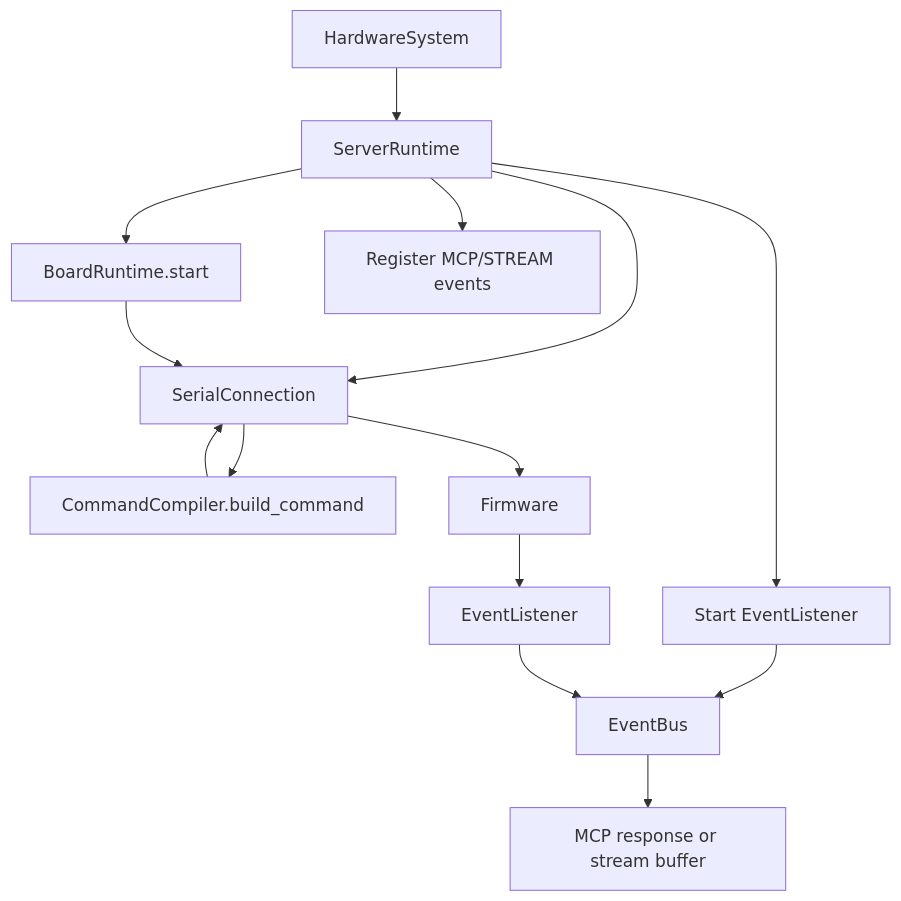
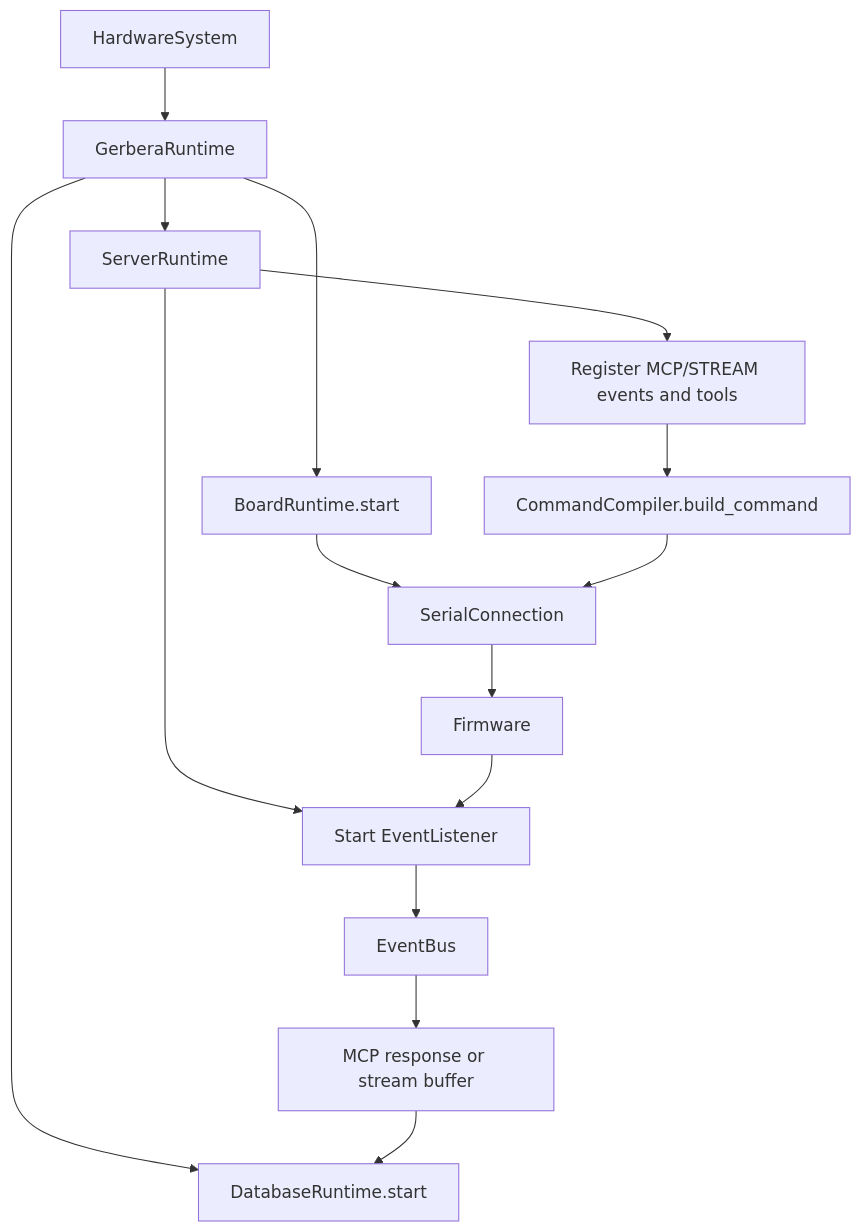
One commit to BaronLiu1993/gerbera changed the diagram in src/gerbera_sdk/models/runtime/README.md. Above: the diagram before and after it, drawn with Mermaid. The commit also changed other lines of this file and 16 other files, not shown here.

Commit message:
defined boundaries for database runtime object

````diff
--- a/src/gerbera_sdk/models/runtime/README.md
+++ b/src/gerbera_sdk/models/runtime/README.md
@@ -58,16 +67,17 @@
 ```mermaid
 flowchart TD
-    A[HardwareSystem] --> B[ServerRuntime]
+    A[HardwareSystem] --> B[GerberaRuntime]
     B --> C[BoardRuntime.start]
-    B --> D[Register MCP/STREAM events]
-    B --> E[Start EventListener]
-    B --> F[Register MCP tools]
-    C --> F[SerialConnection]
-    F --> G[CommandCompiler.build_command]
-    G --> F
-    F --> H[Firmware]
-    E --> I[EventBus]
-    H --> J[EventListener]
-    J --> I
-    I --> K[MCP response or stream buffer]
+    B --> D[DatabaseRuntime.start]
+    B --> E[ServerRuntime]
+    E --> F[Register MCP/STREAM events and tools]
+    E --> G[Start EventListener]
+    C --> H[SerialConnection]
+    F --> I[CommandCompiler.build_command]
+    I --> H
+    H --> J[Firmware]
+    G --> K[EventBus]
+    J --> G
+    K --> L[MCP response or stream buffer]
+    L --> D
 ```
````
